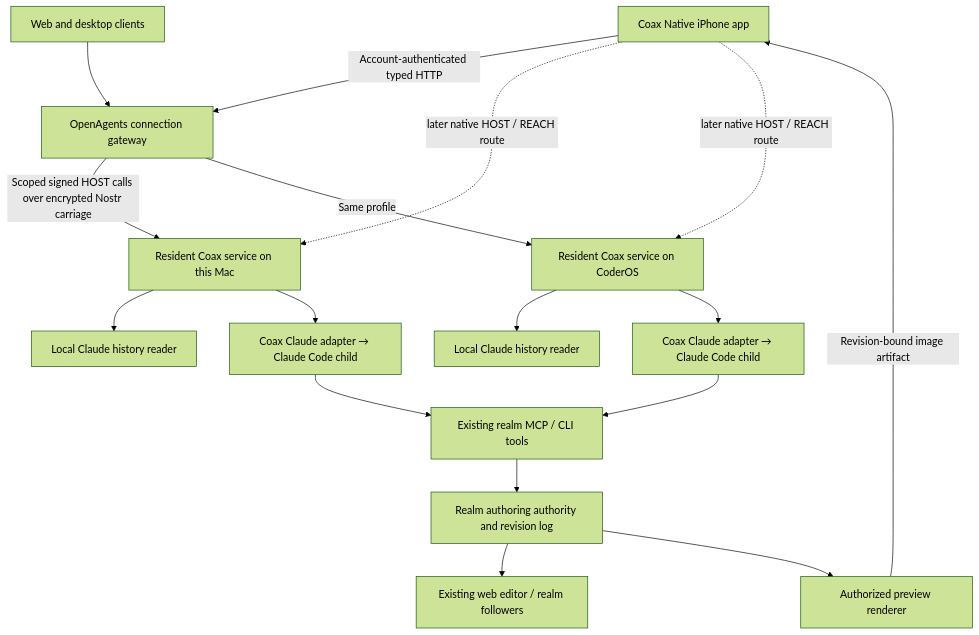
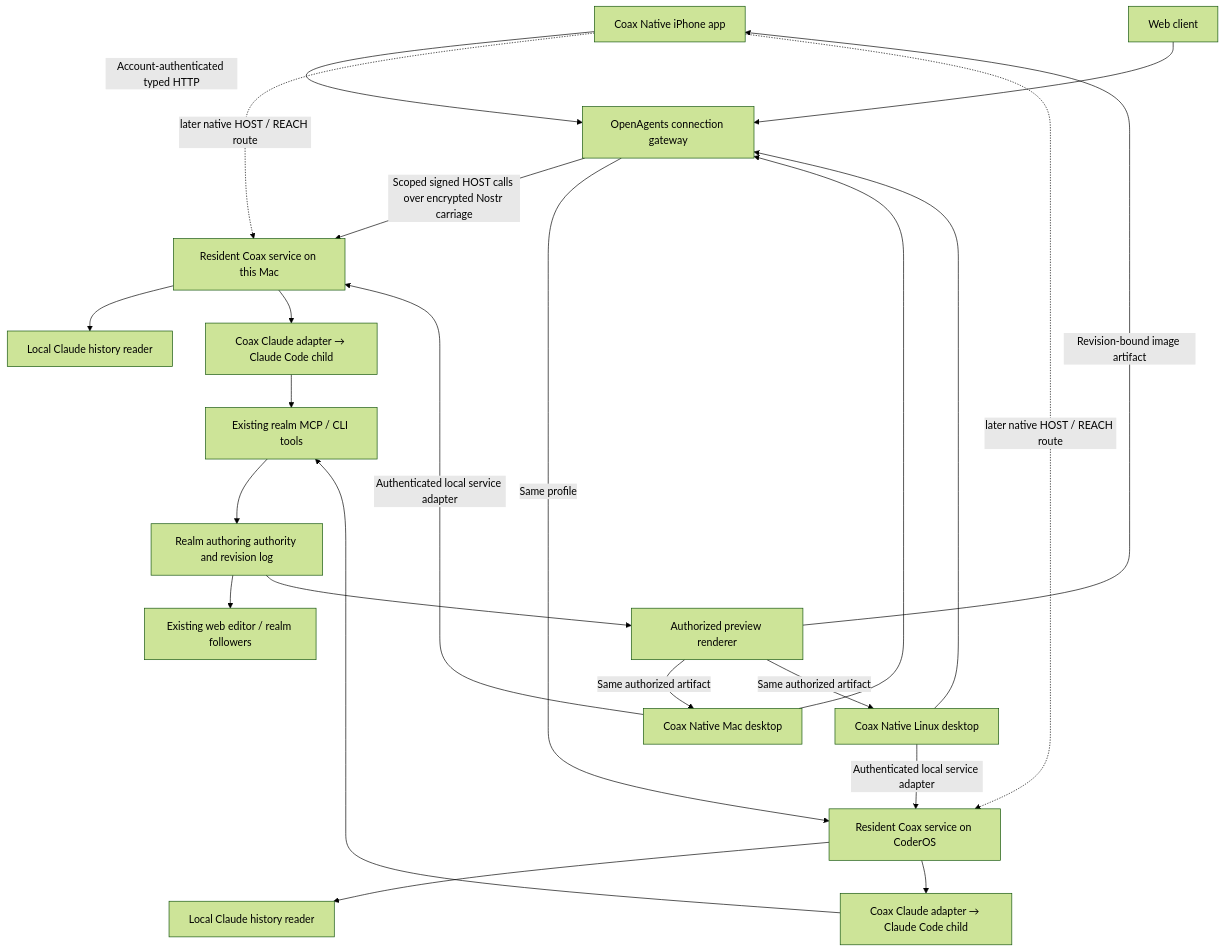
One commit to OpenAgentsInc/openagents changed the diagram in docs/protocol/environments-claude-and-world-editing.md. Above: the diagram before and after it, drawn with Mermaid (forest theme). The commit also changed other lines of this file and 9 other files, not shown here.

First line of the commit message:
docs: plan Coax Native desktop environment clients

````diff
--- a/docs/protocol/environments-claude-and-world-editing.md
+++ b/docs/protocol/environments-claude-and-world-editing.md
@@ -70,19 +77,25 @@
 ```mermaid
 flowchart TD
     P[Coax Native iPhone app] -->|Account-authenticated typed HTTP| G[OpenAgents connection gateway]
-    W[Web and desktop clients] --> G
+    W[Web client] --> G
+    D1[Coax Native Mac desktop] --> G
+    D2[Coax Native Linux desktop] --> G
     G -->|Scoped signed HOST calls over encrypted Nostr carriage| M[Resident Coax service on this Mac]
     G -->|Same profile| C[Resident Coax service on CoderOS]
+    D1 -->|Authenticated local service adapter| M
+    D2 -->|Authenticated local service adapter| C
     M --> H1[Local Claude history reader]
     C --> H2[Local Claude history reader]
     M --> A1[Coax Claude adapter → Claude Code child]
     C --> A2[Coax Claude adapter → Claude Code child]
     A1 --> T[Existing realm MCP / CLI tools]
     A2 --> T
     T --> R[Realm authoring authority and revision log]
     R --> E[Existing web editor / realm followers]
     R --> V[Authorized preview renderer]
     V -->|Revision-bound image artifact| P
+    V -->|Same authorized artifact| D1
+    V -->|Same authorized artifact| D2
     P -. later native HOST / REACH route .-> M
     P -. later native HOST / REACH route .-> C
 ```
````
